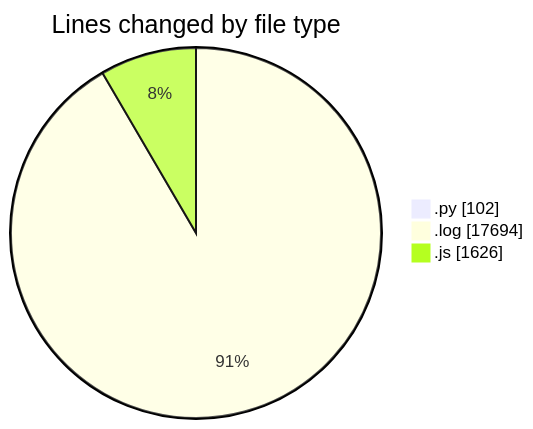
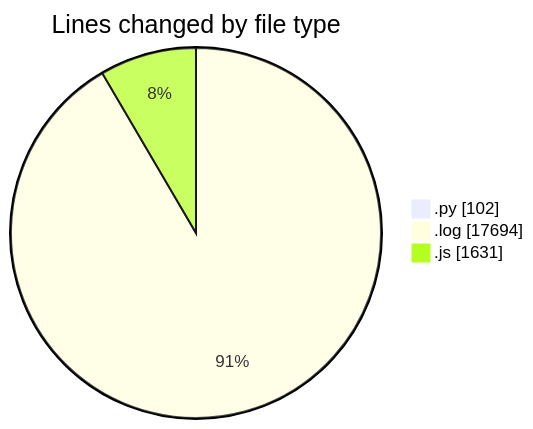
One commit to nxtqubesakshisongat/code-tracking changed the first of 2 diagrams in 2025-04-19/nxtqube_webapp/README.md. Above: the diagram before and after it, drawn with Mermaid. The commit also changed other lines of this file and 1 other file, not shown here.

````diff
--- a/2025-04-19/nxtqube_webapp/README.md
+++ b/2025-04-19/nxtqube_webapp/README.md
@@ -32,7 +32,7 @@
 ```mermaid
 pie showData
 title Lines changed by file type
 ".py" : 102
 ".log" : 17694
-".js" : 1626
+".js" : 1631
 ```
````
